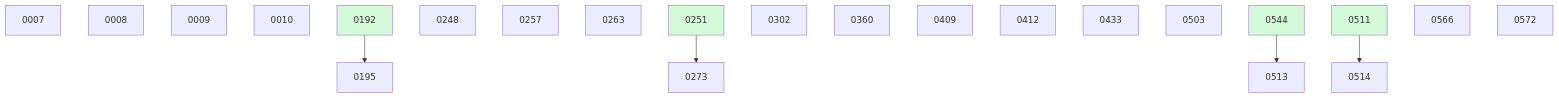
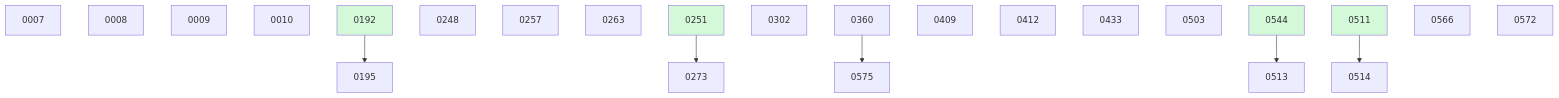
One commit to danielhanold/docket changed the diagram in docs/changes/BOARD.md. Above: the diagram before and after it, drawn with Mermaid. The commit also changed other lines of this file and 1 other file, not shown here.

````diff
--- a/docs/changes/BOARD.md
+++ b/docs/changes/BOARD.md
@@ -39,27 +40,28 @@
 ```mermaid
 graph TD
   0007
   0008
   0009
   0010
   0192 --> 0195
   0248
   0257
   0263
   0251 --> 0273
   0302
   0360
   0409
   0412
   0433
   0503
   0544 --> 0513
   0511 --> 0514
   0566
   0572
+  0360 --> 0575
   0192:::done
   0251:::done
   0511:::done
   0544:::done
   classDef done fill:#d3f9d8;
 ```
````
